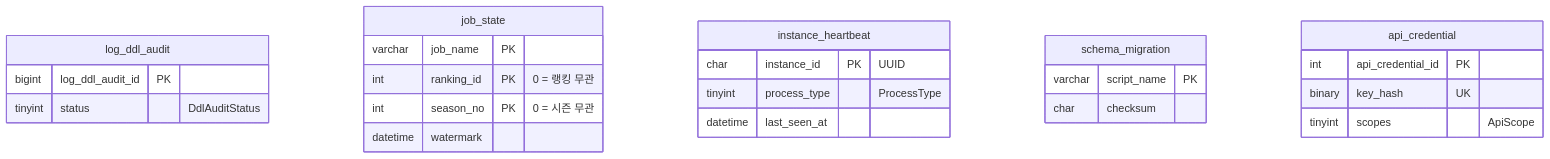
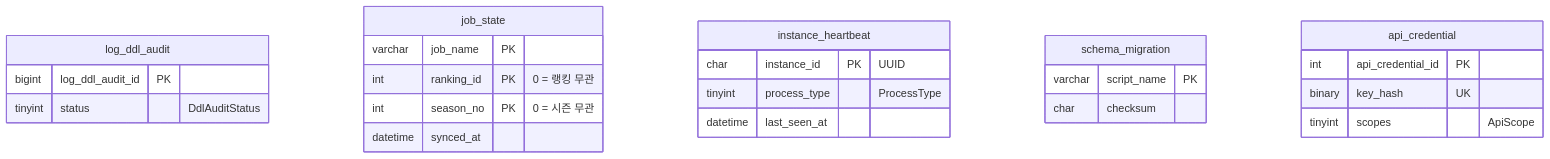
One commit to trisakion0500/podium-de changed the second of 6 diagrams in docs/04_SCHEMA.md. Above: the diagram before and after it, drawn with Mermaid. The commit also changed other lines of this file and 27 other files, not shown here.

````diff
--- a/docs/04_SCHEMA.md
+++ b/docs/04_SCHEMA.md
@@ -129,27 +129,27 @@
 ```mermaid
 erDiagram
     log_ddl_audit {
         bigint log_ddl_audit_id PK
         tinyint status "DdlAuditStatus"
     }
     job_state {
         varchar job_name PK
         int ranking_id PK "0 = 랭킹 무관"
         int season_no PK "0 = 시즌 무관"
-        datetime watermark
+        datetime synced_at
     }
     instance_heartbeat {
         char instance_id PK "UUID"
         tinyint process_type "ProcessType"
         datetime last_seen_at
     }
     schema_migration {
         varchar script_name PK
         char checksum
     }
     api_credential {
         int api_credential_id PK
         binary key_hash UK
         tinyint scopes "ApiScope"
     }
 ```
````
